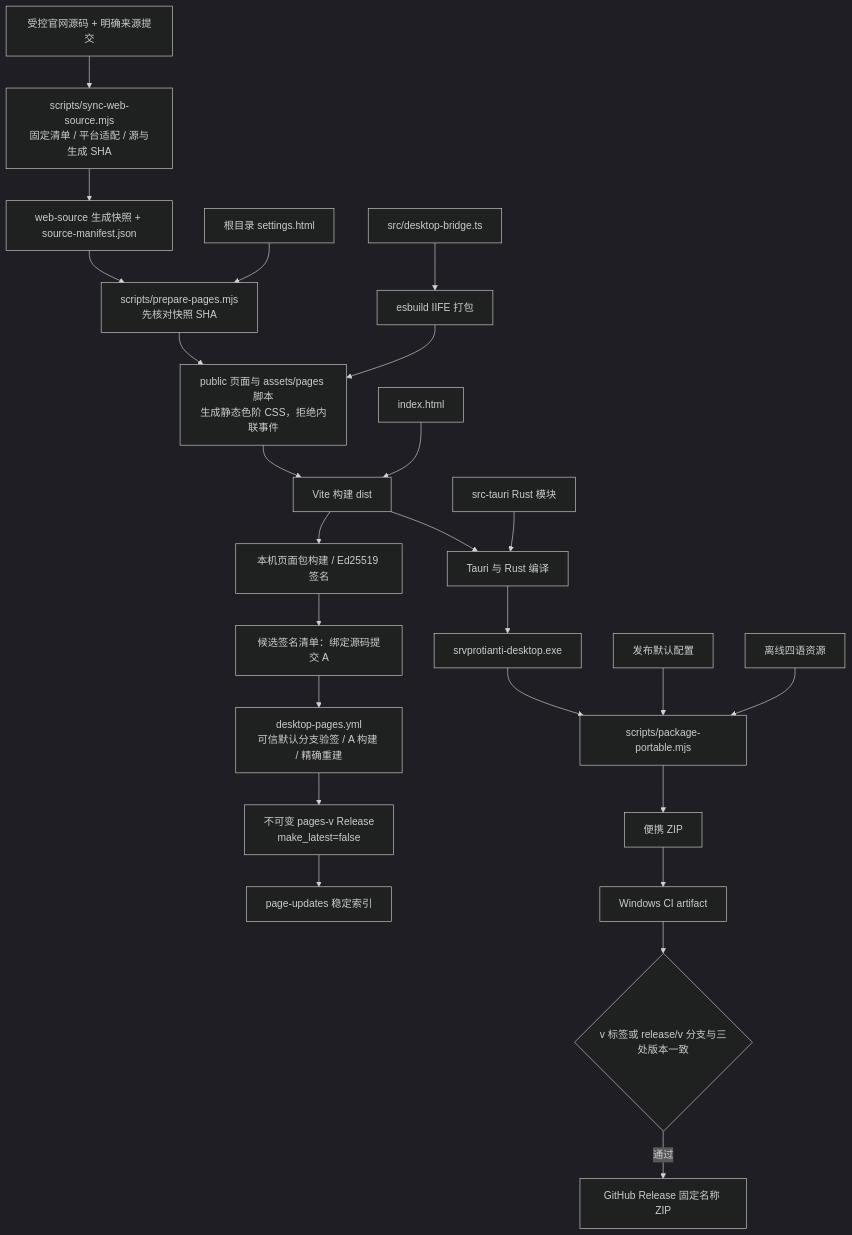
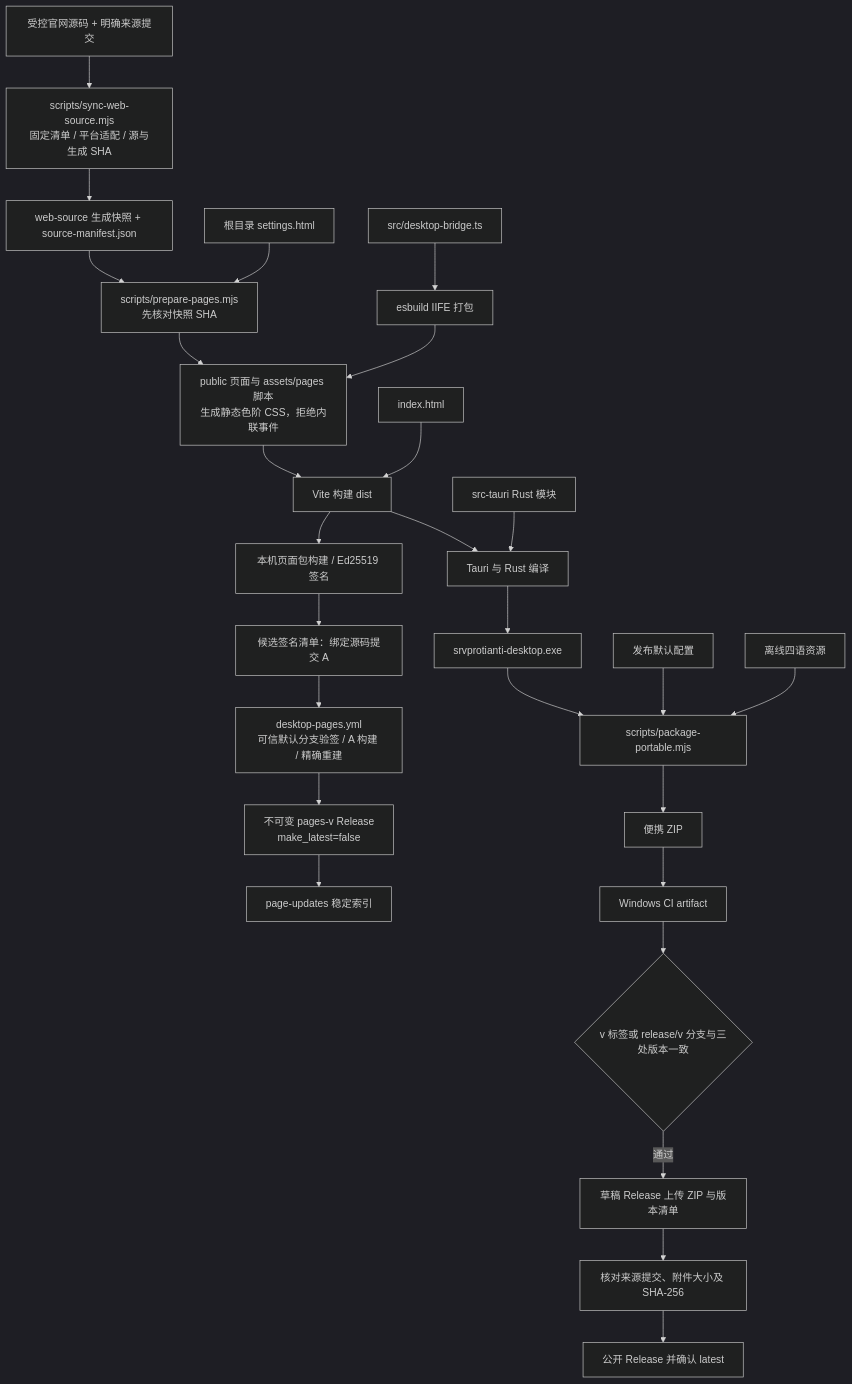
One commit to 301zrg/srvprotianti-desktop changed the eighth of 8 diagrams in docs/ARCHITECTURE.md. Above: the diagram before and after it, drawn with Mermaid (dark theme). The commit also changed other lines of this file and 16 other files, not shown here.

````diff
--- a/docs/ARCHITECTURE.md
+++ b/docs/ARCHITECTURE.md
@@ -294,27 +295,29 @@
 ```mermaid
 flowchart TB
     Website["受控官网源码 + 明确来源提交"] --> Sync["scripts/sync-web-source.mjs<br/>固定清单 / 平台适配 / 源与生成 SHA"]
     Sync --> WebSource["web-source 生成快照 + source-manifest.json"]
     WebSource --> Prepare["scripts/prepare-pages.mjs<br/>先核对快照 SHA"]
     Settings[根目录 settings.html] --> Prepare
     Prepare --> Public["public 页面与 assets/pages 脚本<br/>生成静态色阶 CSS，拒绝内联事件"]
     Bridge[src/desktop-bridge.ts] --> Esbuild[esbuild IIFE 打包]
     Esbuild --> Public
     Public --> Vite[Vite 构建 dist]
     RootIndex[index.html] --> Vite
     Vite --> Tauri[Tauri 与 Rust 编译]
     Vite --> Sign["本机页面包构建 / Ed25519 签名"]
     Sign --> Candidate["候选签名清单：绑定源码提交 A"]
     Candidate --> PageCI["desktop-pages.yml<br/>可信默认分支验签 / A 构建 / 精确重建"]
     PageCI --> PageRelease["不可变 pages-v Release<br/>make_latest=false"]
     PageRelease --> Index["page-updates 稳定索引"]
     Rust[src-tauri Rust 模块] --> Tauri
     Tauri --> Exe[srvprotianti-desktop.exe]
     Exe --> Portable[scripts/package-portable.mjs]
     Default[发布默认配置] --> Portable
     Resources[离线四语资源] --> Portable
     Portable --> Zip[便携 ZIP]
     Zip --> Artifact[Windows CI artifact]
     Artifact --> Tag{v 标签或 release/v 分支与三处版本一致}
-    Tag -->|通过| Release[GitHub Release 固定名称 ZIP]
+    Tag -->|通过| Draft[草稿 Release 上传 ZIP 与版本清单]
+    Draft --> Verify[核对来源提交、附件大小及 SHA-256]
+    Verify --> Release[公开 Release 并确认 latest]
 ```
````
